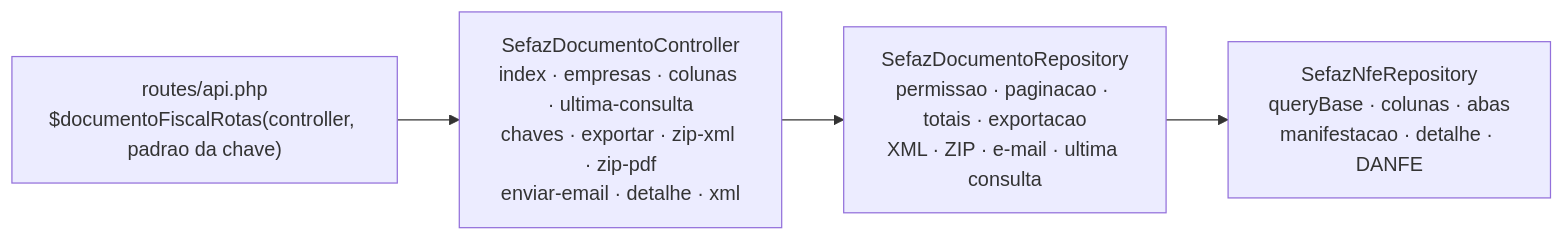
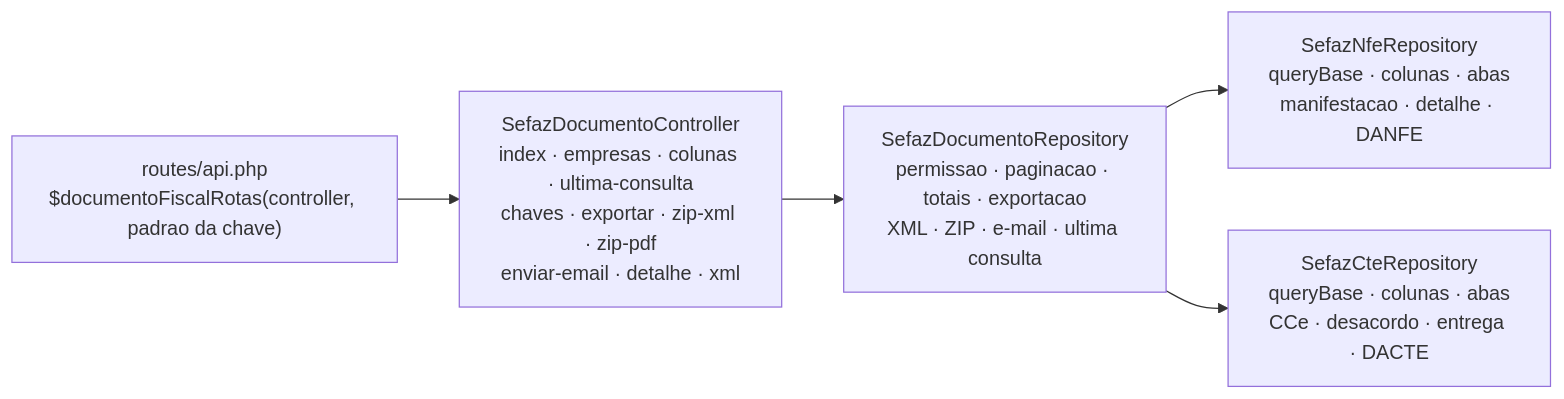
One commit to jbmchd/dpc-claude-folder changed the second of 2 diagrams in docs/nfe_dfe/docs/05_dados-consumo-frontend.md. Above: the diagram before and after it, drawn with Mermaid. The commit also changed other lines of this file and 2 other files, not shown here.

````diff
--- a/docs/nfe_dfe/docs/05_dados-consumo-frontend.md
+++ b/docs/nfe_dfe/docs/05_dados-consumo-frontend.md
@@ -206,6 +206,7 @@
 ```mermaid
 flowchart LR
     R["routes/api.php<br/>$documentoFiscalRotas(controller, padrao da chave)"] --> C["SefazDocumentoController<br/>index · empresas · colunas · ultima-consulta<br/>chaves · exportar · zip-xml · zip-pdf<br/>enviar-email · detalhe · xml"]
     C --> B["SefazDocumentoRepository<br/>permissao · paginacao · totais · exportacao<br/>XML · ZIP · e-mail · ultima consulta"]
     B --> N["SefazNfeRepository<br/>queryBase · colunas · abas<br/>manifestacao · detalhe · DANFE"]
+    B --> T["SefazCteRepository<br/>queryBase · colunas · abas<br/>CCe · desacordo · entrega · DACTE"]
 ```
````
